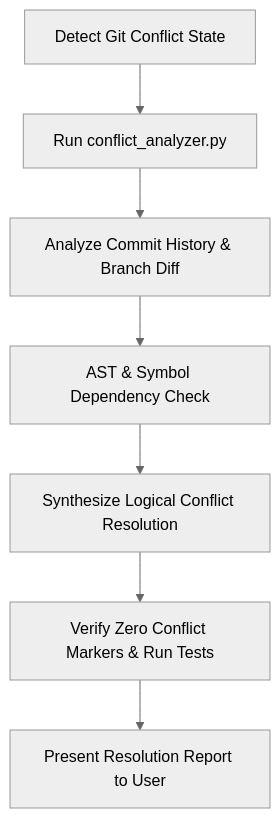
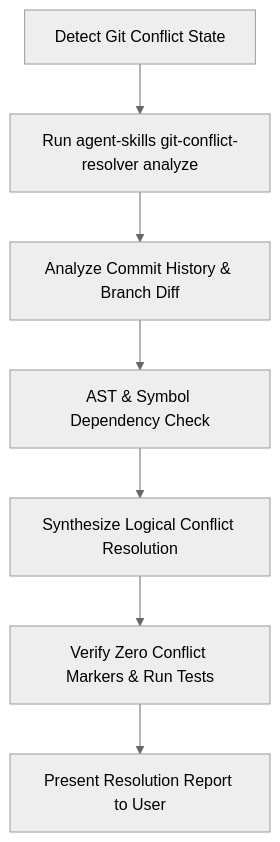
The diagram in skills/git-conflict-resolver/SKILL.md (louis-pvs/agent-skills), drawn with Mermaid (neutral theme) before and after one commit. The commit also changed other lines of this file and 31 other files, not shown here.

````diff
--- a/skills/git-conflict-resolver/SKILL.md
+++ b/skills/git-conflict-resolver/SKILL.md
@@ -12,9 +12,9 @@
 ```mermaid
 graph TD
-    A[Detect Git Conflict State] --> B[Run conflict_analyzer.py]
+    A[Detect Git Conflict State] --> B[Run agent-skills git-conflict-resolver analyze]
     B --> C[Analyze Commit History & Branch Diff]
     C --> D[AST & Symbol Dependency Check]
     D --> E[Synthesize Logical Conflict Resolution]
     E --> F[Verify Zero Conflict Markers & Run Tests]
     F --> G[Present Resolution Report to User]
 ```
````
